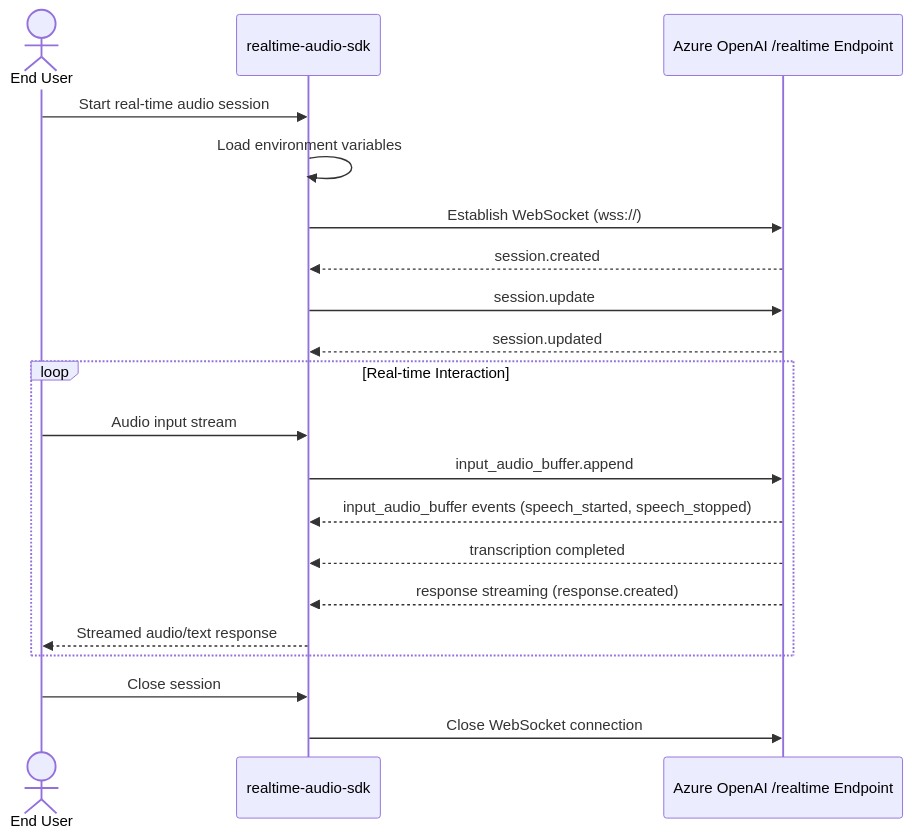
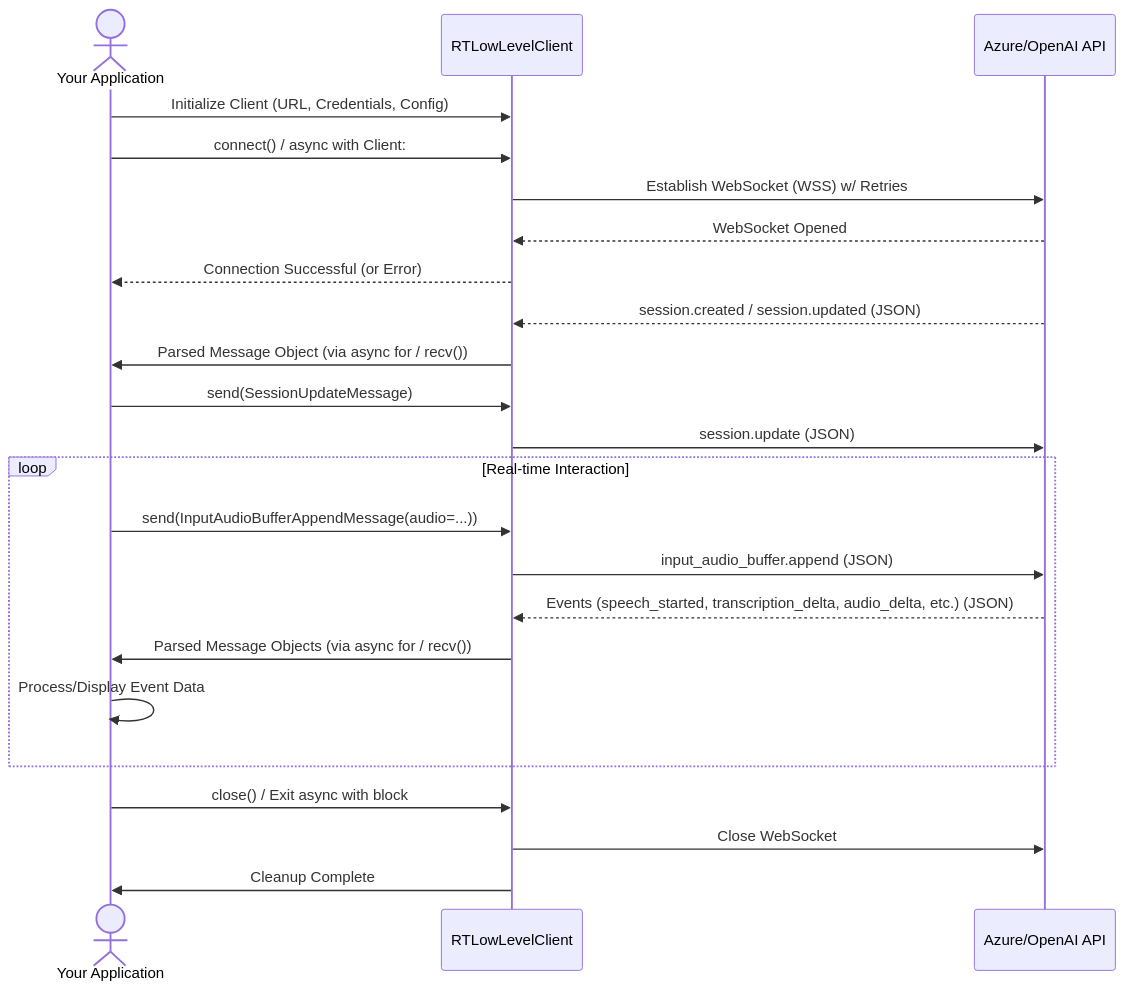
The diagram in README.md (bardbyte/realtime-audio-sdk), drawn with Mermaid before and after one commit. The commit also changed other lines of this file, not shown here.

Commit message:
docs: Update README with current features and roadmap

````diff
--- a/README.md
+++ b/README.md
@@ -111,26 +105,30 @@
 ```mermaid
 sequenceDiagram
-    actor User as End User
-    participant SDK as realtime-audio-sdk
-    participant AOAI as Azure OpenAI /realtime Endpoint
+    actor UserApp as Your Application
+    participant LowLevelClient as RTLowLevelClient
+    participant API as Azure/OpenAI API
 
-    User->>SDK: Start real-time audio session
-    SDK->>SDK: Load environment variables
-    SDK->>AOAI: Establish WebSocket (wss://)
-    AOAI-->>SDK: session.created
+    UserApp->>LowLevelClient: Initialize Client (URL, Credentials, Config)
+    UserApp->>LowLevelClient: connect() / async with Client:
+    LowLevelClient->>API: Establish WebSocket (WSS) w/ Retries
+    API-->>LowLevelClient: WebSocket Opened
+    LowLevelClient-->>UserApp: Connection Successful (or Error)
+    API-->>LowLevelClient: session.created / session.updated (JSON)
+    LowLevelClient->>UserApp: Parsed Message Object (via async for / recv())
 
-    SDK->>AOAI: session.update
-    AOAI-->>SDK: session.updated
+    UserApp->>LowLevelClient: send(SessionUpdateMessage)
+    LowLevelClient->>API: session.update (JSON)
 
     loop Real-time Interaction
-        User->>SDK: Audio input stream
-        SDK->>AOAI: input_audio_buffer.append
-        AOAI-->>SDK: input_audio_buffer events (speech_started, speech_stopped)
-        AOAI-->>SDK: transcription completed
-        AOAI-->>SDK: response streaming (response.created)
-        SDK-->>User: Streamed audio/text response
+        UserApp->>LowLevelClient: send(InputAudioBufferAppendMessage(audio=...))
+        LowLevelClient->>API: input_audio_buffer.append (JSON)
+
+        API-->>LowLevelClient: Events (speech_started, transcription_delta, audio_delta, etc.) (JSON)
+        LowLevelClient->>UserApp: Parsed Message Objects (via async for / recv())
+        UserApp->>UserApp: Process/Display Event Data
     end
 
-    User->>SDK: Close session
-    SDK->>AOAI: Close WebSocket connection
+    UserApp->>LowLevelClient: close() / Exit async with block
+    LowLevelClient->>API: Close WebSocket
+    LowLevelClient->>UserApp: Cleanup Complete
 ```
````
